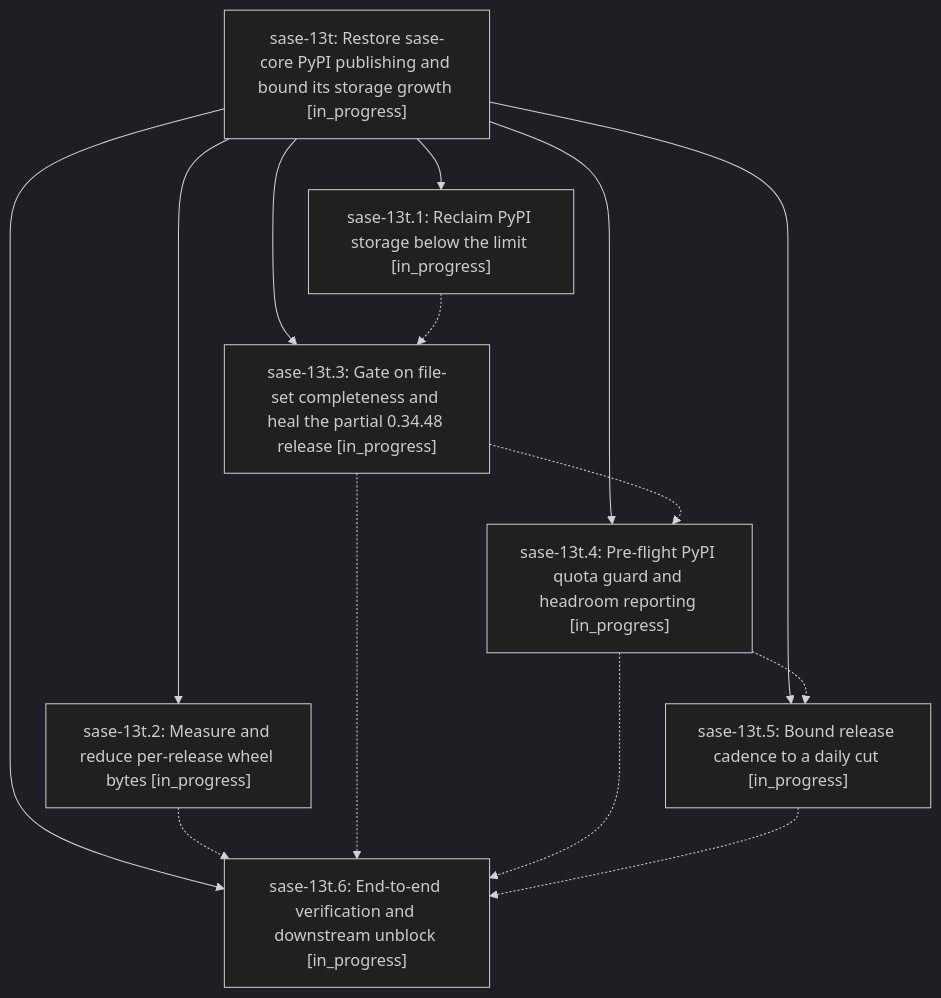
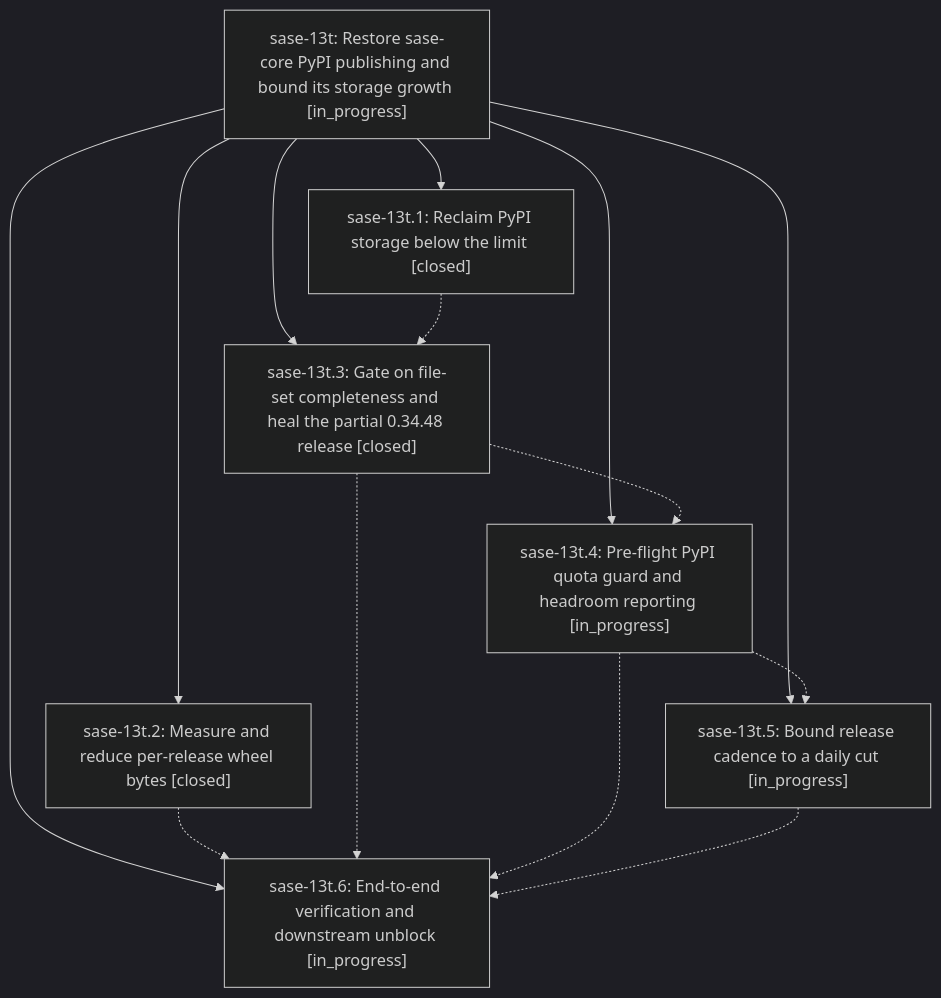
One commit to sase-org/sase--beads changed the diagram in pages/sase-13t/README.md. Above: the diagram before and after it, drawn with Mermaid (dark theme). The commit also changed other lines of this file and 5 other files, not shown here.

````diff
--- a/pages/sase-13t/README.md
+++ b/pages/sase-13t/README.md
@@ -43,23 +43,23 @@
 ```mermaid
 flowchart TD
     n0["sase-13t: Restore sase-core PyPI publishing and bound its storage growth [in_progress]"]
-    n1["sase-13t.1: Reclaim PyPI storage below the limit [in_progress]"]
-    n2["sase-13t.2: Measure and reduce per-release wheel bytes [in_progress]"]
-    n3["sase-13t.3: Gate on file-set completeness and heal the partial 0.34.48 release [in_progress]"]
+    n1["sase-13t.1: Reclaim PyPI storage below the limit [closed]"]
+    n2["sase-13t.2: Measure and reduce per-release wheel bytes [closed]"]
+    n3["sase-13t.3: Gate on file-set completeness and heal the partial 0.34.48 release [closed]"]
     n4["sase-13t.4: Pre-flight PyPI quota guard and headroom reporting [in_progress]"]
     n5["sase-13t.5: Bound release cadence to a daily cut [in_progress]"]
     n6["sase-13t.6: End-to-end verification and downstream unblock [in_progress]"]
     n0 --> n1
     n0 --> n2
     n0 --> n3
     n0 --> n4
     n0 --> n5
     n0 --> n6
     n1 -.-> n3
     n2 -.-> n6
     n3 -.-> n4
     n3 -.-> n6
     n4 -.-> n5
     n4 -.-> n6
     n5 -.-> n6
 ```
````
